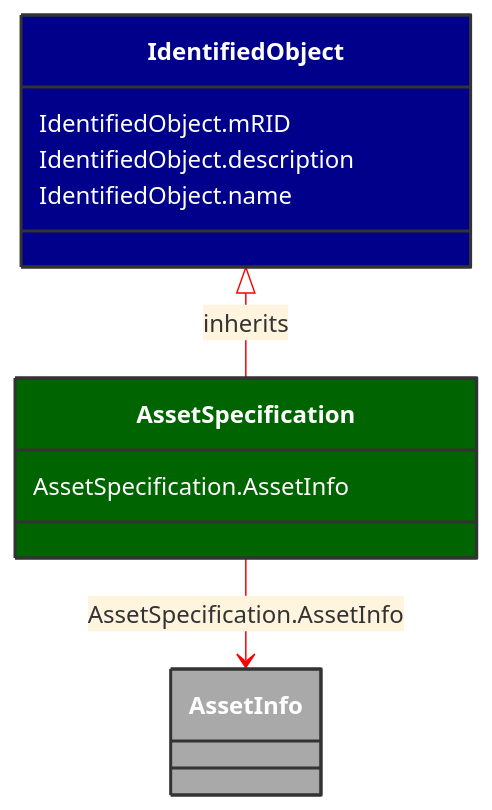
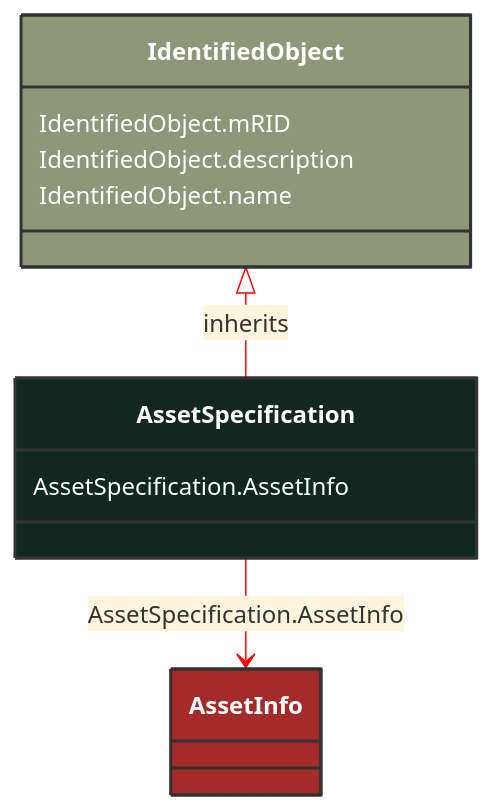
The diagram in docs/Models/Profiles/SubseaCableInfo/ConcreteClasses/AssetSpecification.md (3lbits/NoCIMExtensions), drawn with Mermaid before and after one commit. The commit also changed 190 other files, not shown here.

````diff
--- a/docs/Models/Profiles/SubseaCableInfo/ConcreteClasses/AssetSpecification.md
+++ b/docs/Models/Profiles/SubseaCableInfo/ConcreteClasses/AssetSpecification.md
@@ -8,27 +8,23 @@
 ```mermaid
 %%{init: {'theme':'base','themeVariables': {'lineColor': '#FF0000'}}}%%
 classDiagram
     class AssetSpecification
     click AssetSpecification href "/Models/Profiles/SubseaCableInfo/ConcreteClasses/AssetSpecification/"
-    style AssetSpecification fill:#006400,stroke:#333,stroke-width:2px,rx:10,ry:10,color:white
-
+    style AssetSpecification fill:#102820,stroke:#333,stroke-width:2px,rx:10,ry:10,color:white
+     
         IdentifiedObject <|-- AssetSpecification : inherits
             click IdentifiedObject href "/Models/Profiles/SubseaCableInfo/AbstractClasses/IdentifiedObject/"
-            style IdentifiedObject fill:#00008B,stroke:#333,stroke-width:2px,rx:10,ry:10,color:white
-
-        AssetSpecification
-            click AssetSpecification href "/Models/Profiles/SubseaCableInfo/ConcreteClasses/AssetSpecification/"
-            style IdentifiedObject fill:#00008B,stroke:#333,stroke-width:2px,rx:10,ry:10,color:white
+            style IdentifiedObject fill:#8F9779,stroke:#333,stroke-width:2px,rx:10,ry:10,color:white
 
         AssetSpecification --> AssetInfo : AssetSpecification.AssetInfo
 
         AssetInfo
             click AssetInfo href "/Models/Profiles/SubseaCableInfo/AbstractClasses/AssetInfo/"
-            style AssetInfo fill:#A9A9A9,stroke:#333,stroke-width:2px,rx:10,ry:10,color:white
+            style AssetInfo fill:#A52A2A,stroke:#333,stroke-width:2px,rx:10,ry:10,color:white
 
 
         AssetSpecification : AssetSpecification.AssetInfo
         IdentifiedObject : IdentifiedObject.mRID
         IdentifiedObject : IdentifiedObject.description
         IdentifiedObject : IdentifiedObject.name
 ```
````
